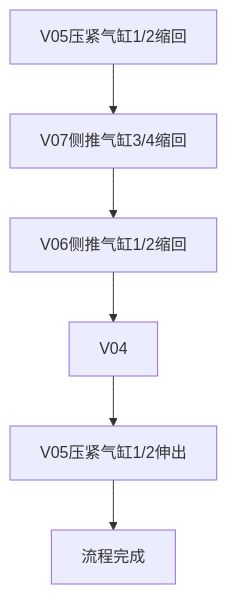
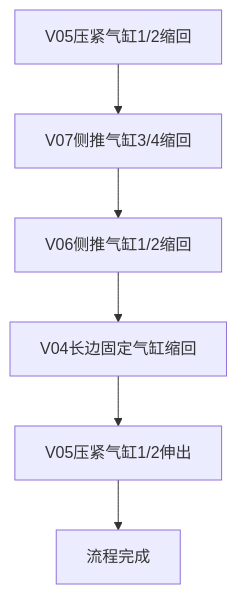
The diagram in all/OP10气缸打开流程.md (PengKun1/iodraw-files), drawn with Mermaid before and after one commit.

Commit message:
2024-08-05 16:39:11 update

````diff
--- a/all/OP10气缸打开流程.md
+++ b/all/OP10气缸打开流程.md
@@ -1,9 +1,9 @@
 ```mermaid
 graph TD
 10[V05压紧气缸1/2缩回]-->20
 20[V07侧推气缸3/4缩回]-->30
 30[V06侧推气缸1/2缩回]-->40
-40[V04]-->50
+40[V04长边固定气缸缩回]-->50
 50[V05压紧气缸1/2伸出]-->60
 60[流程完成]
 ```
````
